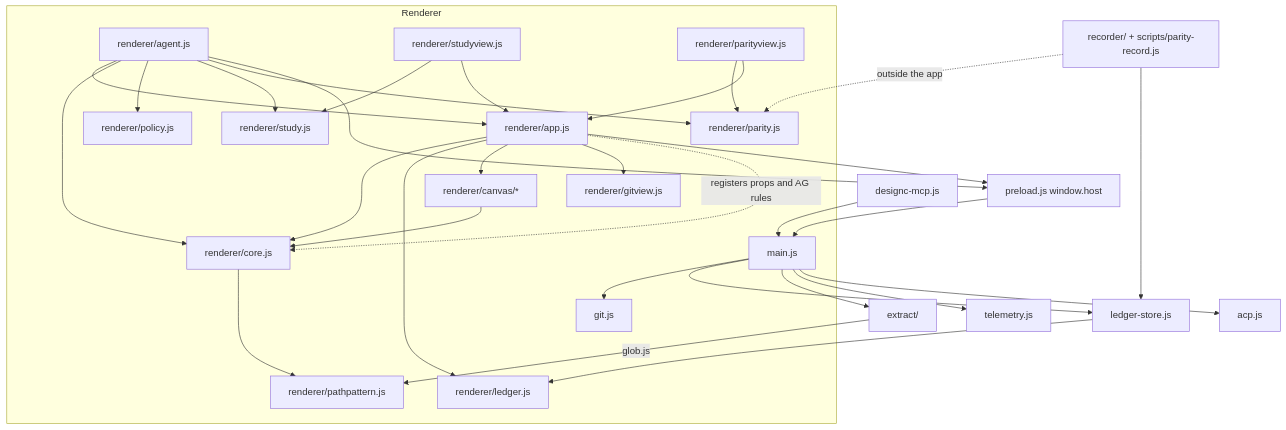
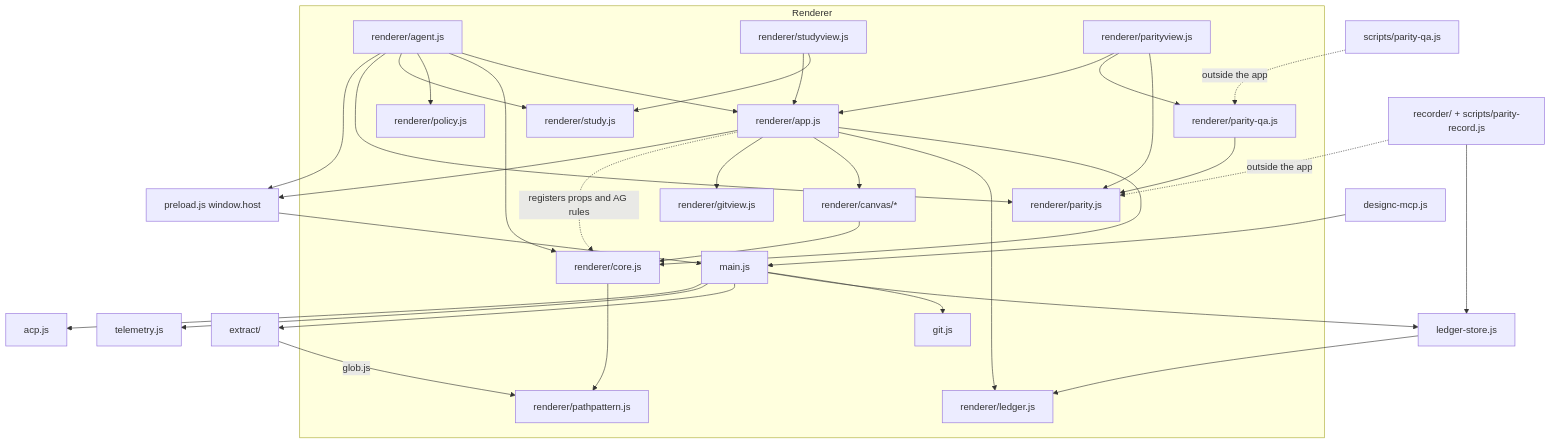
Before and after one commit to xMikeTR/designc: the second of 2 diagrams in ARCHITECTURE.md, drawn with Mermaid. The commit also changed other lines of this file and 15 other files, not shown here.

````diff
--- a/ARCHITECTURE.md
+++ b/ARCHITECTURE.md
@@ -112,34 +113,37 @@
 ```mermaid
 graph TD
   subgraph Renderer
     app[renderer/app.js] --> core[renderer/core.js]
     app --> ledger[renderer/ledger.js]
     app --> canvas[renderer/canvas/*]
     agent[renderer/agent.js] --> app
     agent --> core
     agent --> policy[renderer/policy.js]
     agent --> study[renderer/study.js]
     studyview[renderer/studyview.js] --> study
     studyview --> app
     parityview[renderer/parityview.js] --> parity[renderer/parity.js]
+    parityview --> parityqa[renderer/parity-qa.js]
+    parityqa --> parity
     parityview --> app
     agent --> parity
     main --> gitmod[git.js]
     app --> gitview[renderer/gitview.js]
     canvas --> core
     core --> pp[renderer/pathpattern.js]
     app -. registers props and AG rules .-> core
   end
   app --> host[preload.js window.host]
   agent --> host
   host --> main[main.js]
   main --> store[ledger-store.js]
   store --> ledger
   main --> extract[extract/]
   extract -->|glob.js| pp
   main --> telemetry[telemetry.js]
   main --> acp[acp.js]
   mcp[designc-mcp.js] --> main
   recorder[recorder/ + scripts/parity-record.js] -. outside the app .-> parity
+  qacli[scripts/parity-qa.js] -. outside the app .-> parityqa
   recorder --> store
 ```
````
